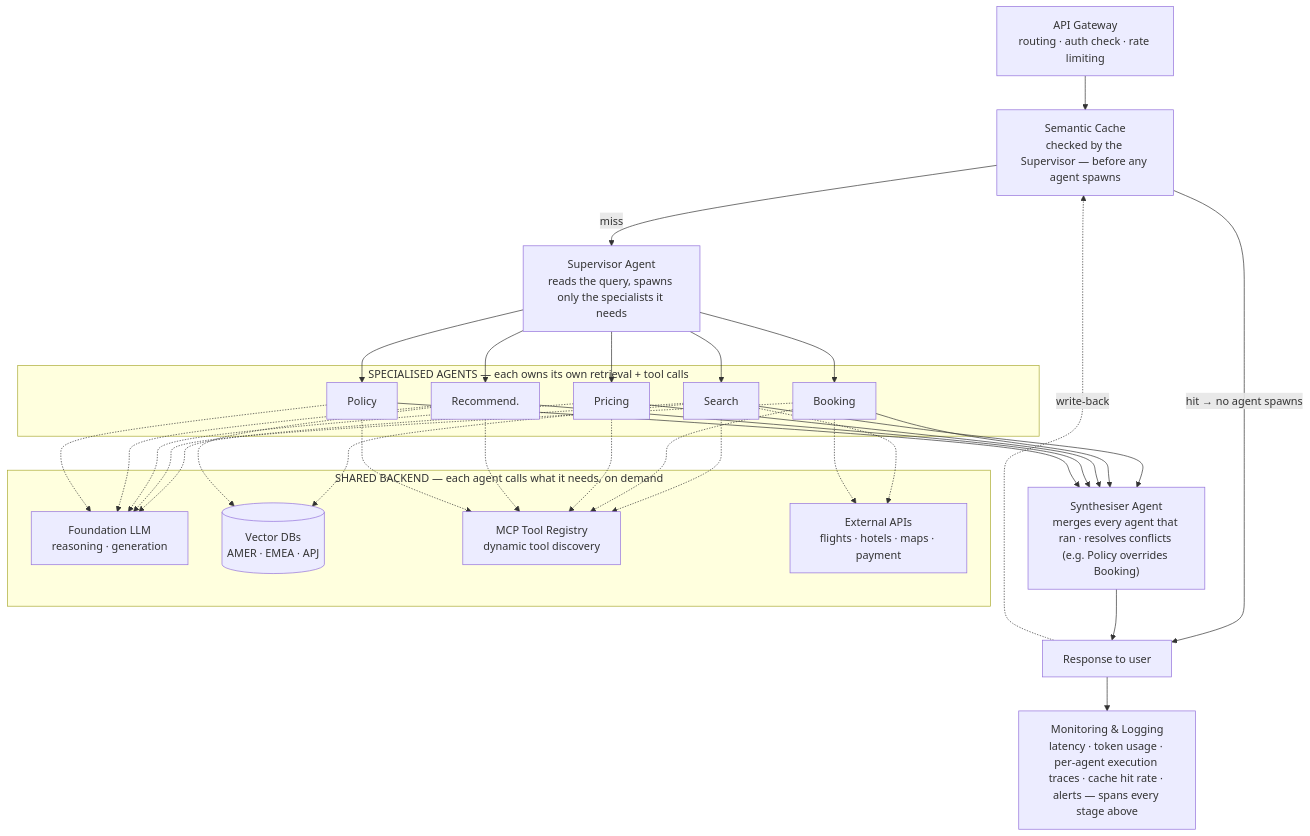
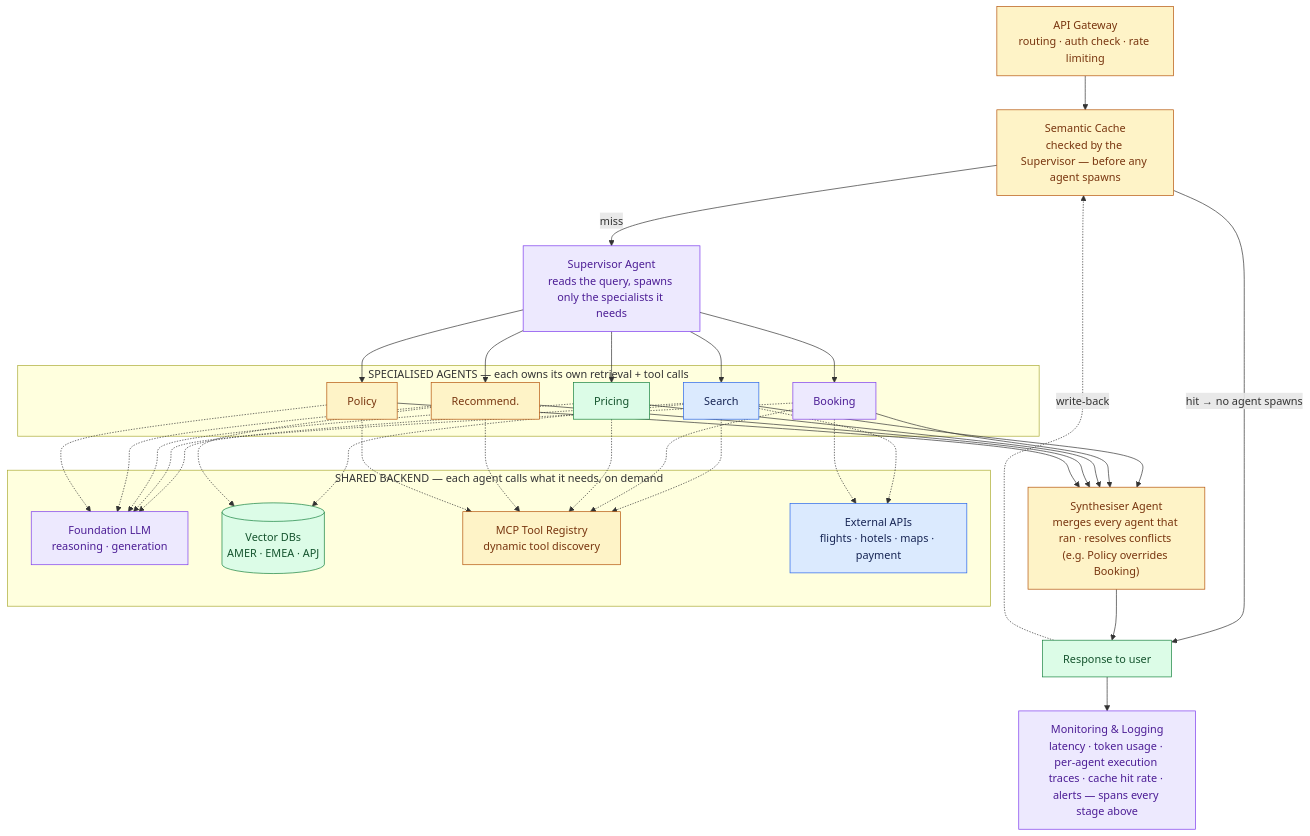
One commit to Sourav692/Forward-Deployed-Engineer-Interview-Prep changed the diagram in 02_System_Design_Case_Studies/Standalone_Designs/14_Travel_Agent_Worked_Example/2_12_Part_Framework/14_12_Part_Framework.md. Above: the diagram before and after it, drawn with Mermaid. The commit also changed other lines of this file and 1268 other files, not shown here.

First line of the commit message:
content: polish Casebook writing and Mermaid diagrams (#251)

````diff
--- a/02_System_Design_Case_Studies/Standalone_Designs/14_Travel_Agent_Worked_Example/2_12_Part_Framework/14_12_Part_Framework.md
+++ b/02_System_Design_Case_Studies/Standalone_Designs/14_Travel_Agent_Worked_Example/2_12_Part_Framework/14_12_Part_Framework.md
@@ -45,32 +50,42 @@
 ```mermaid
 flowchart TB
   GW["API Gateway<br/>routing · auth check · rate limiting"] --> SC["Semantic Cache<br/>checked by the Supervisor — before any agent spawns"]
   SC -- "hit → no agent spawns" --> RESP[Response to user]
   SC -- miss --> SUP["Supervisor Agent<br/>reads the query, spawns only the specialists it needs"]
 
   subgraph AGENTS["SPECIALISED AGENTS — each owns its own retrieval + tool calls"]
     A1[Search]
     A2[Booking]
     A3[Pricing]
     A4[Recommend.]
     A5[Policy]
   end
   SUP --> A1 & A2 & A3 & A4 & A5
 
   subgraph BACKEND["SHARED BACKEND — each agent calls what it needs, on demand"]
     LLM["Foundation LLM<br/>reasoning · generation"]
     VDB[("Vector DBs<br/>AMER · EMEA · APJ")]
     MCP["MCP Tool Registry<br/>dynamic tool discovery"]
     API["External APIs<br/>flights · hotels · maps · payment"]
   end
   A1 -.-> LLM & VDB & MCP & API
   A2 -.-> LLM & MCP & API
   A3 -.-> LLM & MCP
   A4 -.-> LLM & VDB & MCP
   A5 -.-> LLM & MCP
 
   A1 & A2 & A3 & A4 & A5 --> SYN["Synthesiser Agent<br/>merges every agent that ran · resolves conflicts (e.g. Policy overrides Booking)"]
   SYN --> RESP
   RESP -. "write-back" .-> SC
   RESP --> MON[Monitoring & Logging<br/>latency · token usage · per-agent execution traces · cache hit rate · alerts — spans every stage above]
+
+    %% Casebook colours: entry, reasoning, results, controls, and stopped paths.
+    classDef cbPolicy fill:#fef3c7,stroke:#b45309,color:#78350f
+    class GW,SC,A4,A5,MCP,SYN cbPolicy
+    classDef cbAction fill:#dcfce7,stroke:#15803d,color:#14532d
+    class RESP,A3,VDB cbAction
+    classDef cbReason fill:#ede9fe,stroke:#7c3aed,color:#4c1d95
+    class SUP,A2,LLM,MON cbReason
+    classDef cbInput fill:#dbeafe,stroke:#2563eb,color:#172554
+    class A1,API cbInput
 ```
````
